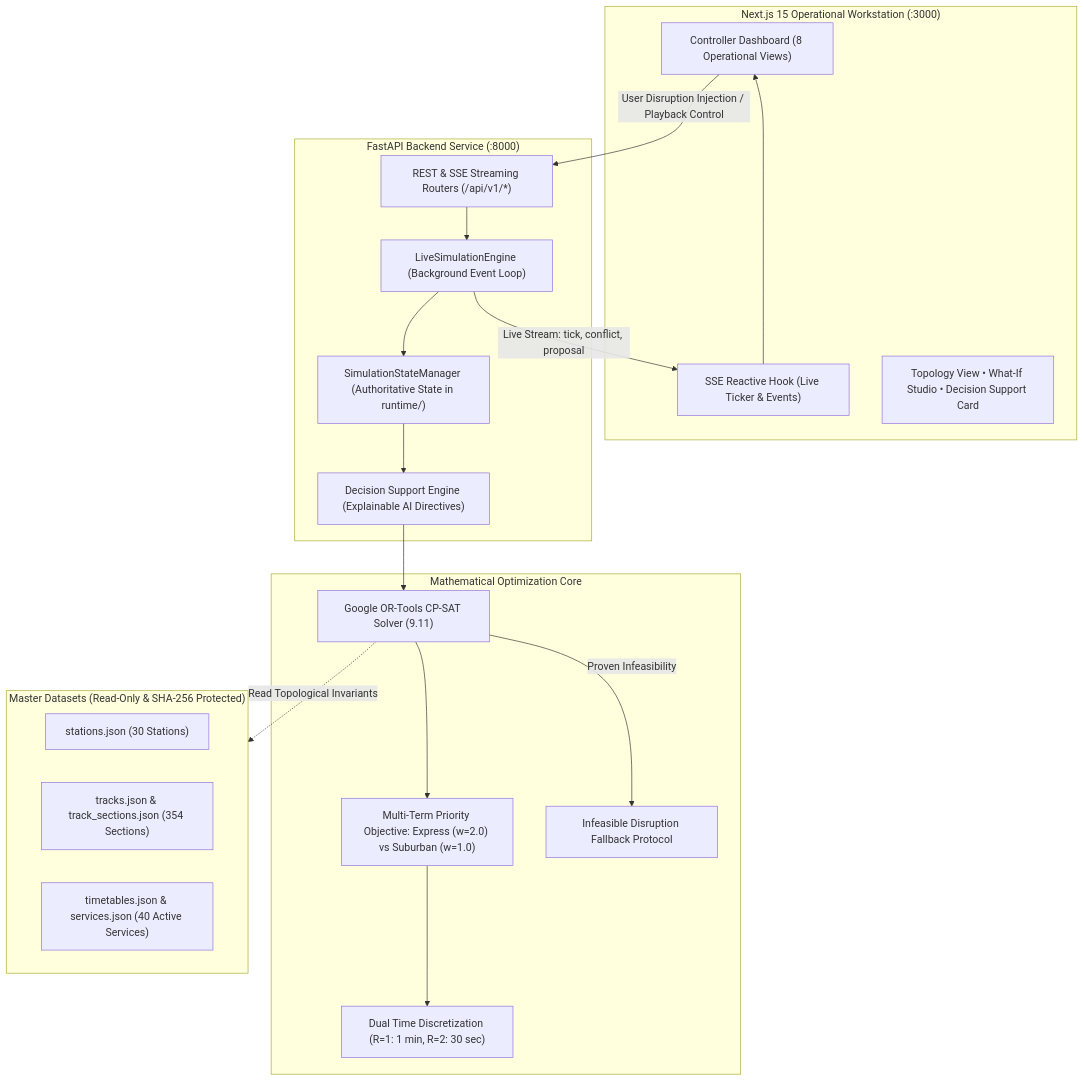
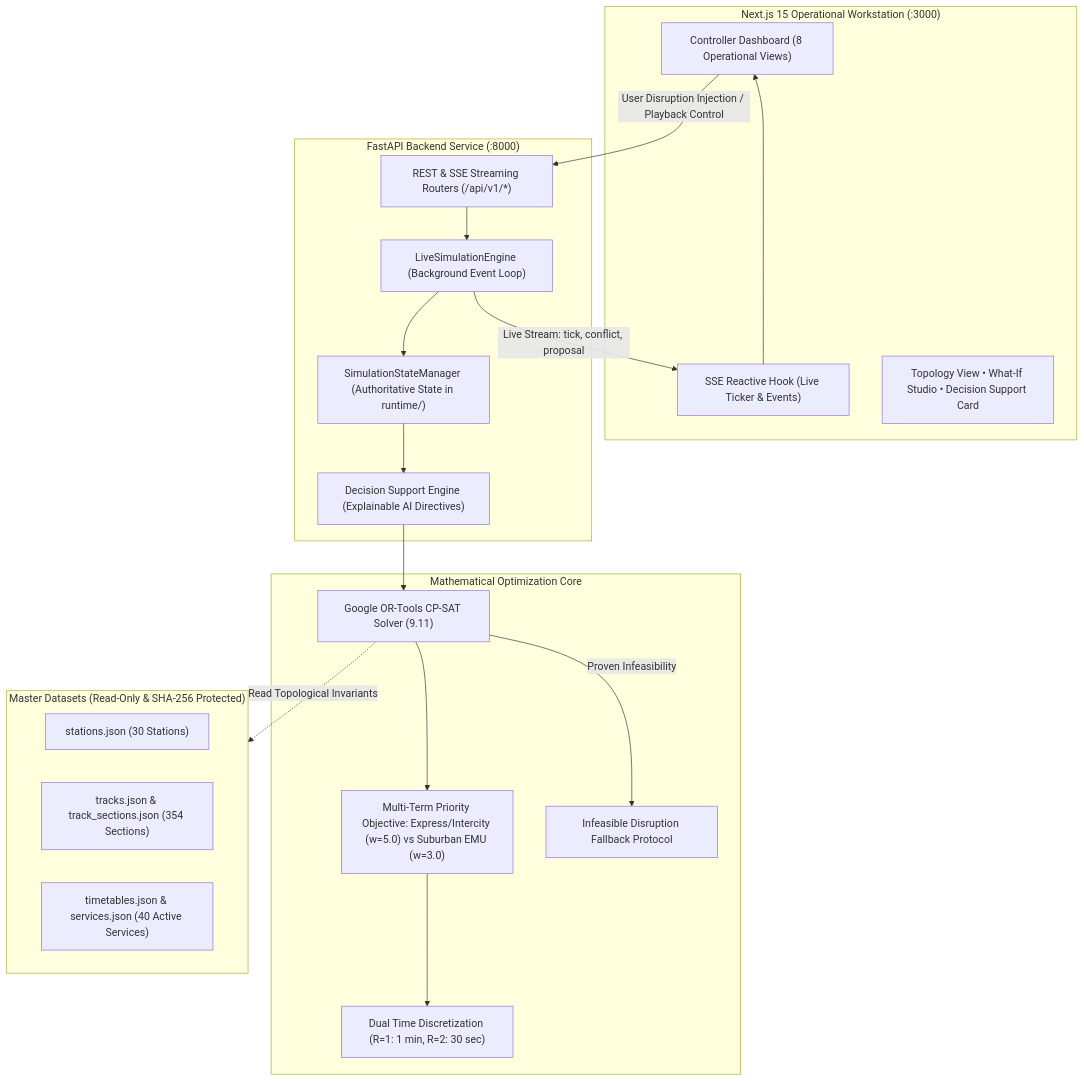
Before and after one commit to prabath-ux05/Railway-Traffic-Control-Optimizer-Using-AI: the diagram in README.md, drawn with Mermaid. The commit also changed other lines of this file and 39 other files, not shown here.

````diff
--- a/README.md
+++ b/README.md
@@ -29,40 +29,40 @@
 ```mermaid
 flowchart TD
     subgraph Client["Next.js 15 Operational Workstation (:3000)"]
         UI["Controller Dashboard (8 Operational Views)"]
         SSE["SSE Reactive Hook (Live Ticker & Events)"]
         Components["Topology View • What-If Studio • Decision Support Card"]
     end
 
     subgraph Backend["FastAPI Backend Service (:8000)"]
         Router["REST & SSE Streaming Routers (/api/v1/*)"]
         Engine["LiveSimulationEngine (Background Event Loop)"]
         StateMgr["SimulationStateManager (Authoritative State in runtime/)"]
         DSS["Decision Support Engine (Explainable AI Directives)"]
     end
 
     subgraph Optimization["Mathematical Optimization Core"]
         CPSAT["Google OR-Tools CP-SAT Solver (9.11)"]
-        MultiObj["Multi-Term Priority Objective: Express (w=2.0) vs Suburban (w=1.0)"]
+        MultiObj["Multi-Term Priority Objective: Express/Intercity (w=5.0) vs Suburban EMU (w=3.0)"]
         Resolution["Dual Time Discretization (R=1: 1 min, R=2: 30 sec)"]
         Fallback["Infeasible Disruption Fallback Protocol"]
     end
 
     subgraph DataStore["Master Datasets (Read-Only & SHA-256 Protected)"]
         Stations["stations.json (30 Stations)"]
         Tracks["tracks.json & track_sections.json (354 Sections)"]
         Timetable["timetables.json & services.json (40 Active Services)"]
     end
 
     UI -->|User Disruption Injection / Playback Control| Router
     Router --> Engine
     Engine --> StateMgr
     Engine -->|Live Stream: tick, conflict, proposal| SSE
     SSE --> UI
     StateMgr --> DSS
     DSS --> CPSAT
     CPSAT --> MultiObj
     MultiObj --> Resolution
     CPSAT -->|Proven Infeasibility| Fallback
     CPSAT -.->|Read Topological Invariants| DataStore
 ```
````
